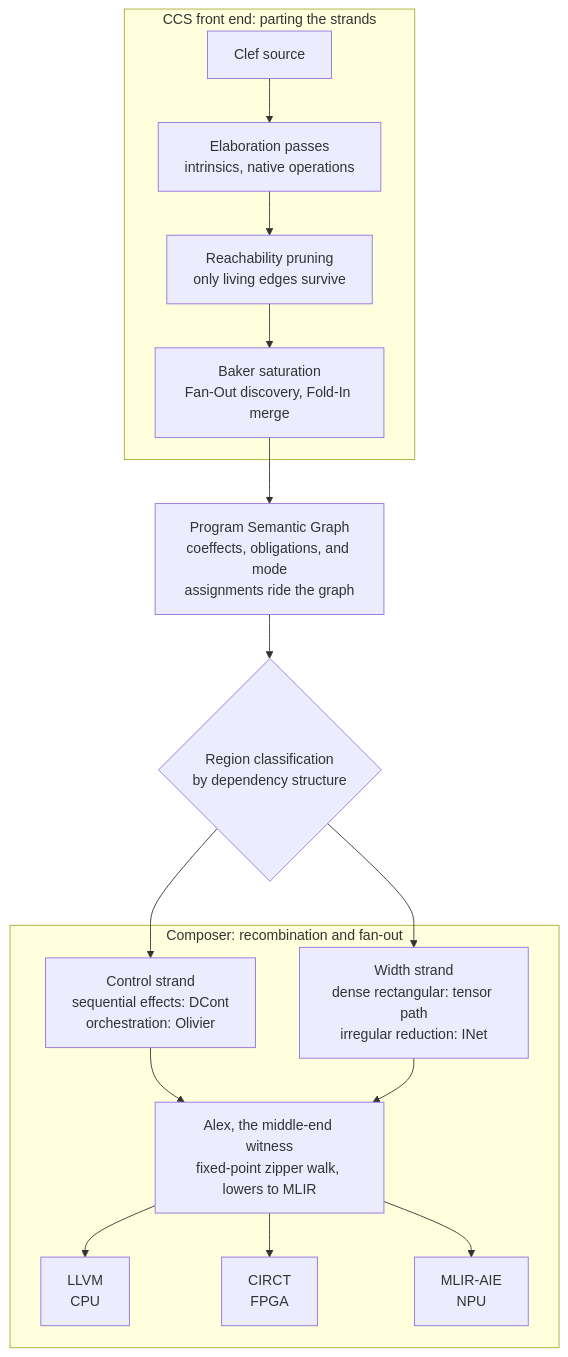
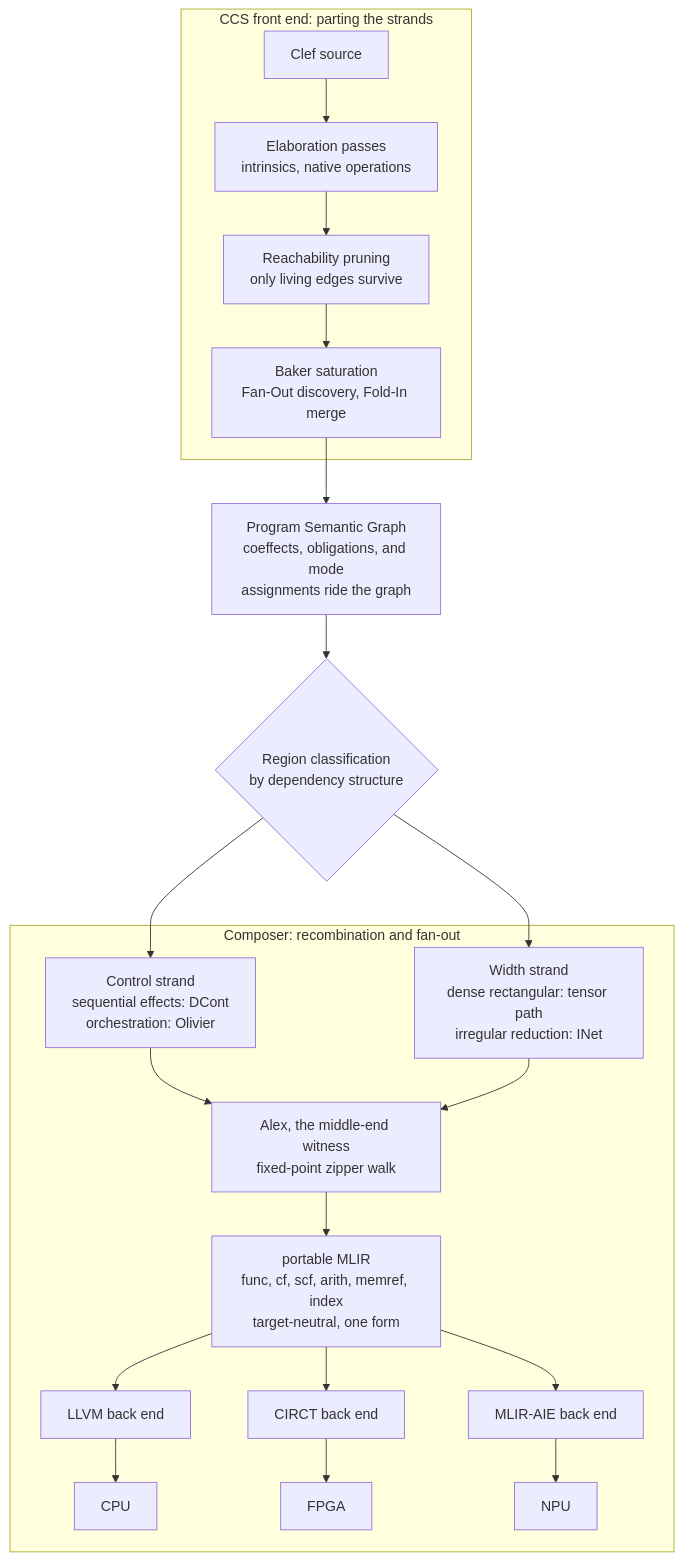
One commit to FidelityFramework/clef-lang-site changed the first of 3 diagrams in hugo/content/blog/weaving-the-braid.md. Above: the diagram before and after it, drawn with Mermaid. The commit also changed other lines of this file and 4 other files, not shown here.

````diff
--- a/hugo/content/blog/weaving-the-braid.md
+++ b/hugo/content/blog/weaving-the-braid.md
@@ -140,19 +140,23 @@
 ```mermaid
 flowchart TD
     subgraph CCS ["CCS front end: parting the strands"]
         SRC[Clef source] --> ELAB["Elaboration passes<br/>intrinsics, native operations"]
         ELAB --> REACH["Reachability pruning<br/>only living edges survive"]
         REACH --> BAKER["Baker saturation<br/>Fan-Out discovery, Fold-In merge"]
     end
     BAKER --> PSG["Program Semantic Graph<br/>coeffects, obligations, and mode<br/>assignments ride the graph"]
     PSG --> COLOR{"Region classification<br/>by dependency structure"}
     COLOR --> CTRL["Control strand<br/>sequential effects: DCont<br/>orchestration: Olivier"]
     COLOR --> WIDTH["Width strand<br/>dense rectangular: tensor path<br/>irregular reduction: INet"]
     subgraph COMP ["Composer: recombination and fan-out"]
-        CTRL --> ALEX["Alex, the middle-end witness<br/>fixed-point zipper walk, lowers to MLIR"]
+        CTRL --> ALEX["Alex, the middle-end witness<br/>fixed-point zipper walk"]
         WIDTH --> ALEX
-        ALEX --> LLVM["LLVM<br/>CPU"]
-        ALEX --> CIRCT["CIRCT<br/>FPGA"]
-        ALEX --> AIE["MLIR-AIE<br/>NPU"]
+        ALEX --> PORT["portable MLIR<br/>func, cf, scf, arith, memref, index<br/>target-neutral, one form"]
+        PORT --> LLVMBE["LLVM back end"]
+        PORT --> CIRCTBE["CIRCT back end"]
+        PORT --> AIEBE["MLIR-AIE back end"]
+        LLVMBE --> CPU["CPU"]
+        CIRCTBE --> FPGA["FPGA"]
+        AIEBE --> NPU["NPU"]
     end
 ```
````
